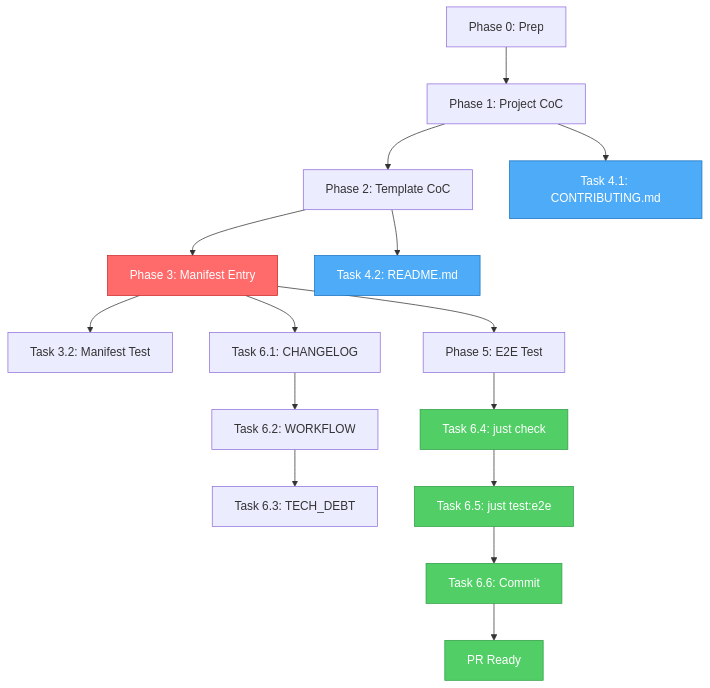
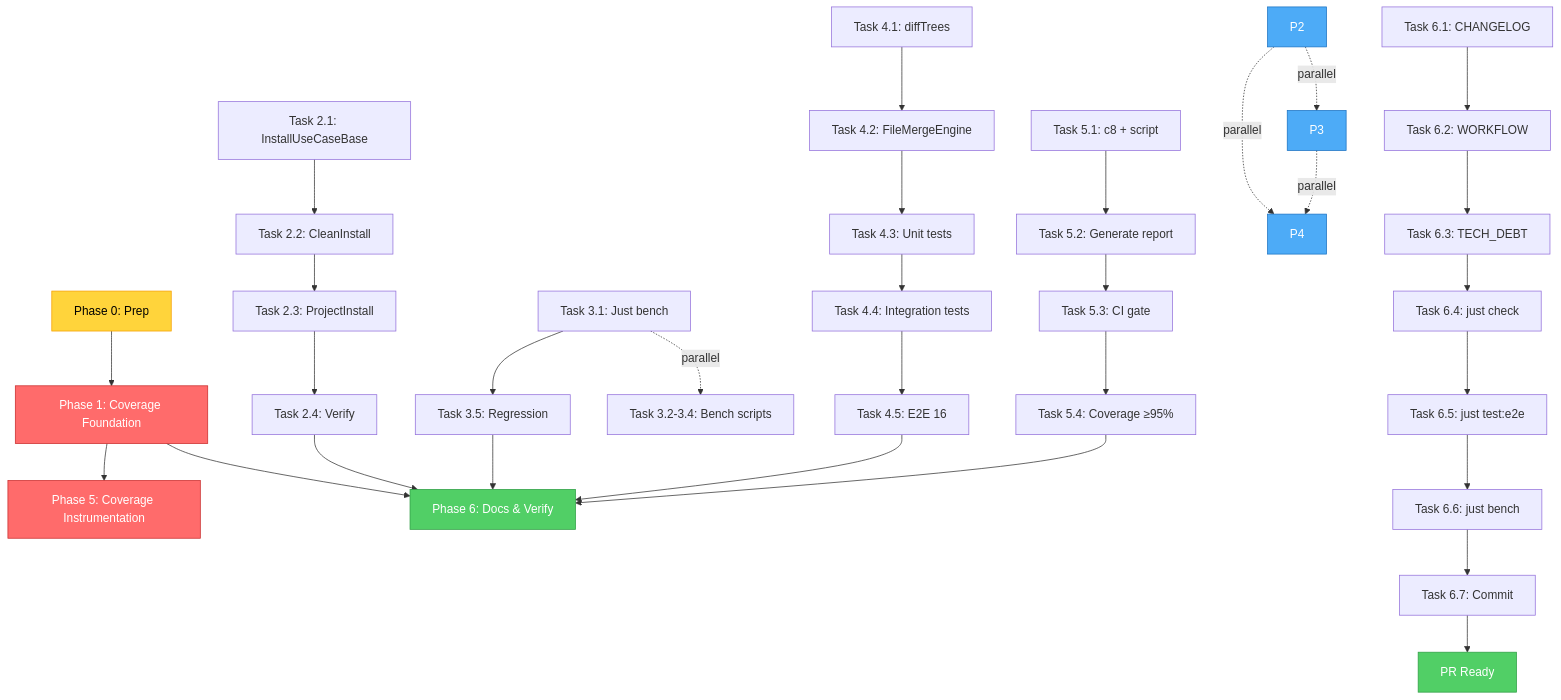
Before and after one commit to Fisherk2/codice-opencode: the second of 2 diagrams in tasks/plan.md, drawn with Mermaid. The commit also changed other lines of this file and 1 other file, not shown here.

````diff
--- a/tasks/plan.md
+++ b/tasks/plan.md
@@ -729,25 +1487,48 @@
 ```mermaid
 graph TD
-    P0[Phase 0: Prep] --> P1[Phase 1: Project CoC]
-    P1 --> P2[Phase 2: Template CoC]
-    P2 --> P3[Phase 3: Manifest Entry]
-    P3 --> P3T[Task 3.2: Manifest Test]
-    P1 --> P4A[Task 4.1: CONTRIBUTING.md]
-    P2 --> P4B[Task 4.2: README.md]
-    P3 --> P5[Phase 5: E2E Test]
-    P3 --> P6A[Task 6.1: CHANGELOG]
-    P6A --> P6B[Task 6.2: WORKFLOW]
+    P0[Phase 0: Prep] --> P1[Phase 1: Coverage Foundation]
+    P1 --> P5[Phase 5: Coverage Instrumentation]
+    P1 --> P6[Phase 6: Docs & Verify]
+    
+    P2A[Task 2.1: InstallUseCaseBase] --> P2B[Task 2.2: CleanInstall]
+    P2B --> P2C[Task 2.3: ProjectInstall]
+    P2C --> P2D[Task 2.4: Verify]
+    P2D --> P6
+    
+    P3A[Task 3.1: Just bench] --> P3B[Task 3.5: Regression]
+    P3B --> P6
+    P3A -.->|parallel| P3C[Task 3.2-3.4: Bench scripts]
+    
+    P4A[Task 4.1: diffTrees] --> P4B[Task 4.2: FileMergeEngine]
+    P4B --> P4C[Task 4.3: Unit tests]
+    P4C --> P4D[Task 4.4: Integration tests]
+    P4D --> P4E[Task 4.5: E2E 16]
+    P4E --> P6
+    
+    P5A[Task 5.1: c8 + script] --> P5B[Task 5.2: Generate report]
+    P5B --> P5C[Task 5.3: CI gate]
+    P5C --> P5D[Task 5.4: Coverage ≥95%]
+    P5D --> P6
+    
+    P2 -.->|parallel| P3
+    P2 -.->|parallel| P4
+    P3 -.->|parallel| P4
+    
+    P6A[Task 6.1: CHANGELOG] --> P6B[Task 6.2: WORKFLOW]
     P6B --> P6C[Task 6.3: TECH_DEBT]
-    P5 --> P6D[Task 6.4: just check]
+    P6C --> P6D[Task 6.4: just check]
     P6D --> P6E[Task 6.5: just test:e2e]
-    P6E --> P6F[Task 6.6: Commit]
-    P6F --> DONE[PR Ready]
-
+    P6E --> P6F[Task 6.6: just bench]
+    P6F --> P6G[Task 6.7: Commit]
+    P6G --> DONE[PR Ready]
+    
     classDef crit fill:#ff6b6b,stroke:#c92a2a,color:#fff
     classDef gate fill:#51cf66,stroke:#2f9e44,color:#fff
     classDef par fill:#4dabf7,stroke:#1971c2,color:#fff
-
-    class P3 crit
-    class P6D,P6E,P6F,DONE gate
-    class P4A,P4B par
+    classDef seq fill:#ffd43b,stroke:#f59f00,color:#000
+    
+    class P1,P5 crit
+    class P6,DONE gate
+    class P2,P3,P4 par
+    class P0 seq
 ```
````
